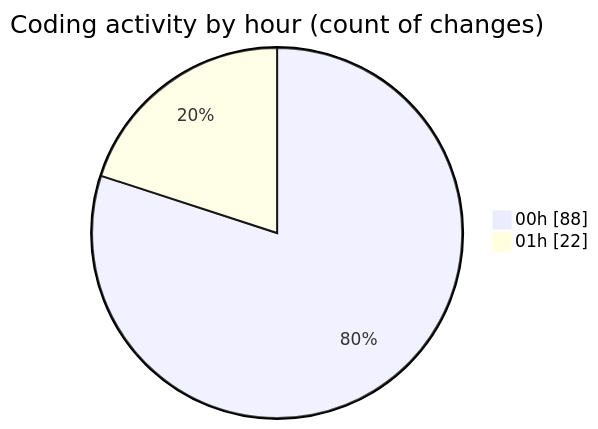
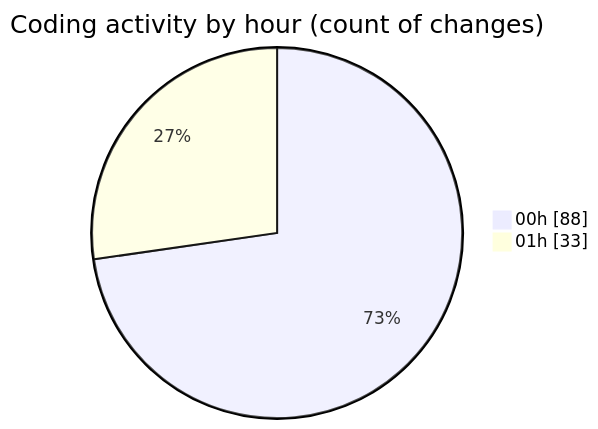
The second of 2 diagrams in 2025-08-16/rentotp/README.md (lephambinh05/code-tracking), drawn with Mermaid before and after one commit. The commit also changed other lines of this file and 1 other file, not shown here.

````diff
--- a/2025-08-16/rentotp/README.md
+++ b/2025-08-16/rentotp/README.md
@@ -46,6 +46,6 @@
 ```mermaid
 pie showData
 title Coding activity by hour (count of changes)
 "00h" : 88
-"01h" : 22
+"01h" : 33
 ```
````
